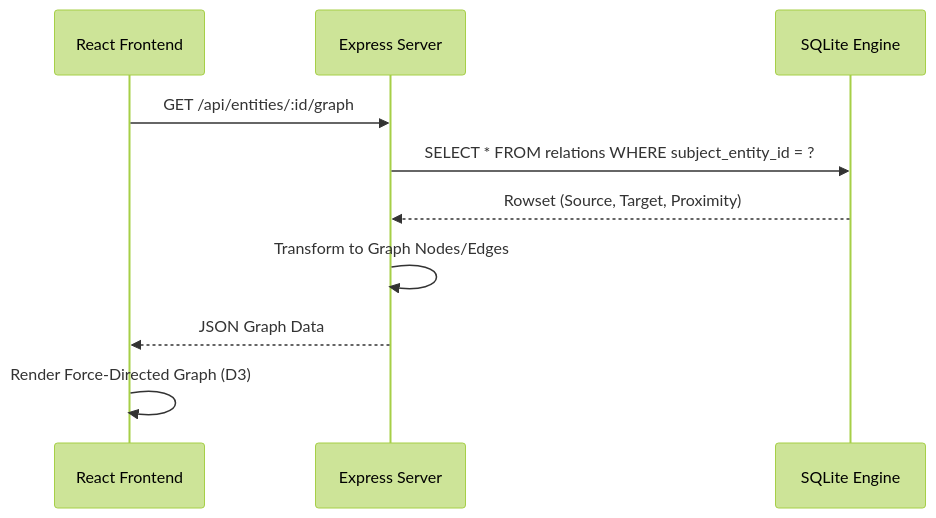
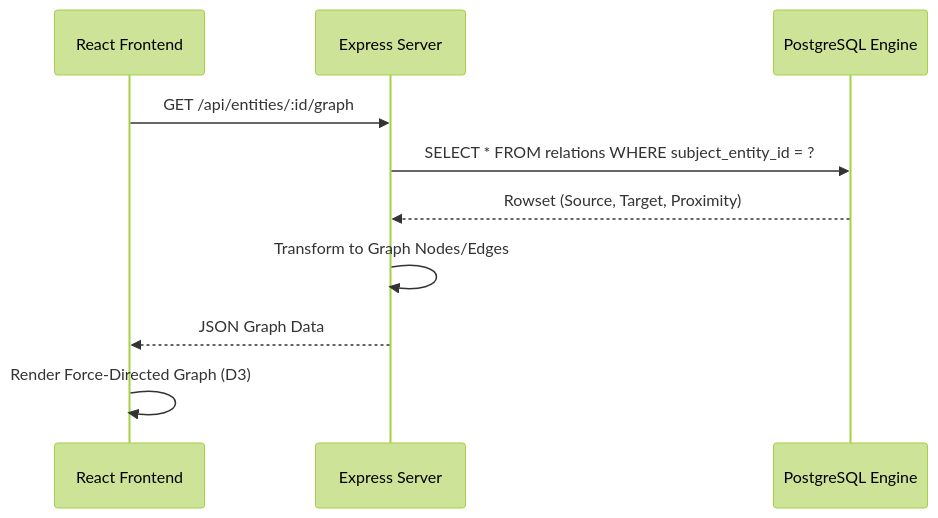
The third of 4 diagrams in TECHNICAL_OVERVIEW.md (TheDarkSkyXD/epstein-archive), drawn with Mermaid (forest theme) before and after one commit. The commit also changed other lines of this file and 14 other files, not shown here.

````diff
--- a/TECHNICAL_OVERVIEW.md
+++ b/TECHNICAL_OVERVIEW.md
@@ -115,13 +115,13 @@
 ```mermaid
 sequenceDiagram
     participant UI as React Frontend
     participant API as Express Server
-    participant DB as SQLite Engine
+    participant DB as PostgreSQL Engine
 
     UI->>API: GET /api/entities/:id/graph
     API->>DB: SELECT * FROM relations WHERE subject_entity_id = ?
     DB-->>API: Rowset (Source, Target, Proximity)
     API->>API: Transform to Graph Nodes/Edges
     API-->>UI: JSON Graph Data
     UI->>UI: Render Force-Directed Graph (D3)
 ```
````
